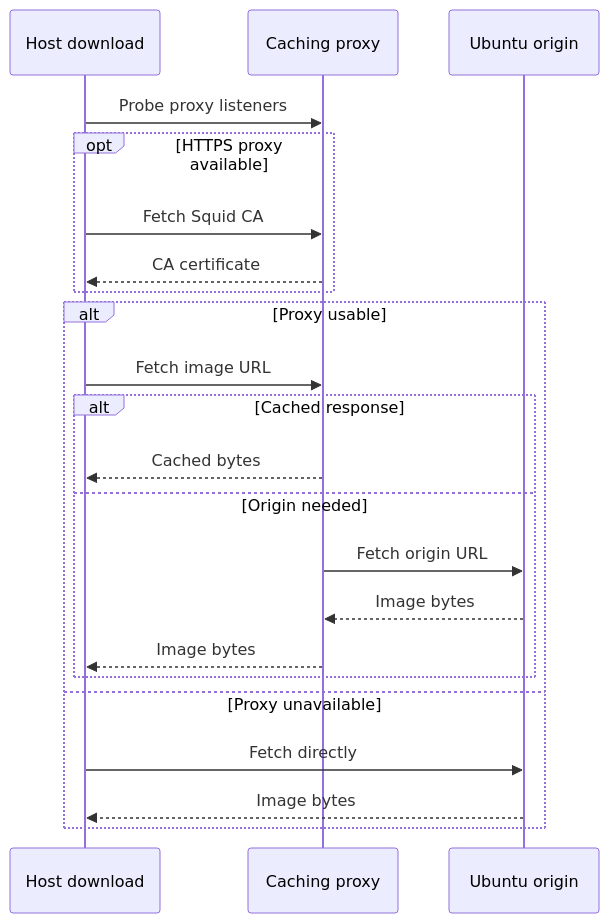
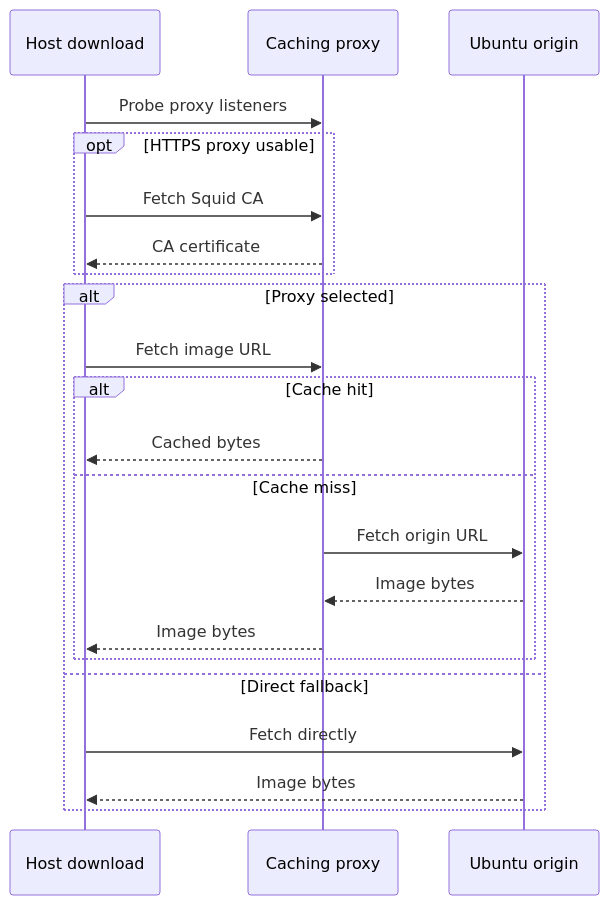
One commit to alissonsol/yuruna changed the fourth of 9 diagrams in docs/design/03-data-flows.md. Above: the diagram before and after it, drawn with Mermaid. The commit also changed other lines of this file and 1371 other files, not shown here.

````diff
--- a/docs/design/03-data-flows.md
+++ b/docs/design/03-data-flows.md
@@ -86,24 +119,24 @@
 ```mermaid
 sequenceDiagram
     participant yuruna-host-download-psm1 as Host download
     participant caching-proxy-service as Caching proxy
     participant cloud-images-ubuntu-com as Ubuntu origin
     yuruna-host-download-psm1->>caching-proxy-service: Probe proxy listeners
-    opt HTTPS proxy available
+    opt HTTPS proxy usable
         yuruna-host-download-psm1->>caching-proxy-service: Fetch Squid CA
         caching-proxy-service-->>yuruna-host-download-psm1: CA certificate
     end
-    alt Proxy usable
+    alt Proxy selected
         yuruna-host-download-psm1->>caching-proxy-service: Fetch image URL
-        alt Cached response
+        alt Cache hit
             caching-proxy-service-->>yuruna-host-download-psm1: Cached bytes
-        else Origin needed
+        else Cache miss
             caching-proxy-service->>cloud-images-ubuntu-com: Fetch origin URL
             cloud-images-ubuntu-com-->>caching-proxy-service: Image bytes
             caching-proxy-service-->>yuruna-host-download-psm1: Image bytes
         end
-    else Proxy unavailable
+    else Direct fallback
         yuruna-host-download-psm1->>cloud-images-ubuntu-com: Fetch directly
         cloud-images-ubuntu-com-->>yuruna-host-download-psm1: Image bytes
     end
 ```
````
